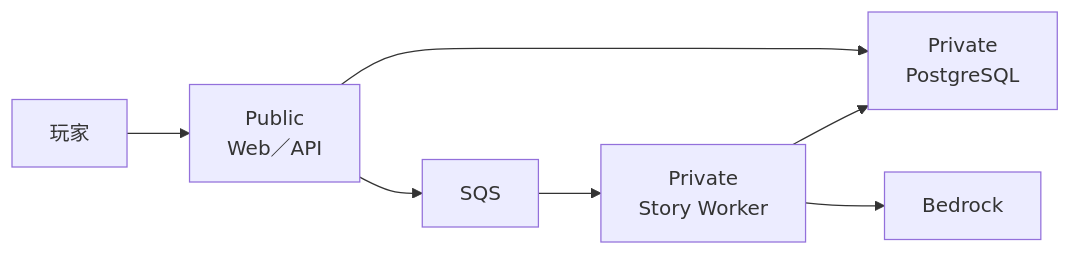
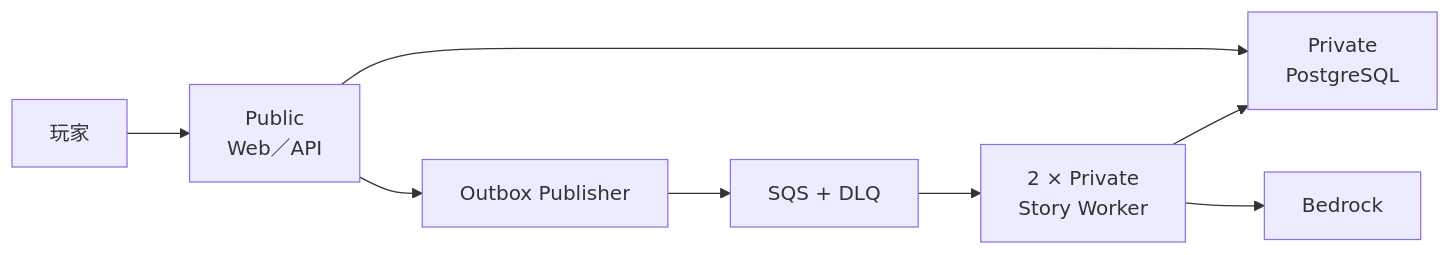
One commit to ChaoMing0815/AWS-cloud-lab changed the second of 3 diagrams in docs/project-plan.md. Above: the diagram before and after it, drawn with Mermaid. The commit also changed other lines of this file and 27 other files, not shown here.

````diff
--- a/docs/project-plan.md
+++ b/docs/project-plan.md
@@ -54,9 +54,10 @@
 ```mermaid
 flowchart LR
     User["玩家"] --> API["Public<br/>Web／API"]
-    API --> Q["SQS"]
-    Q --> Worker["Private<br/>Story Worker"]
+    API --> Publisher["Outbox Publisher"]
+    Publisher --> Q["SQS + DLQ"]
+    Q --> Worker["2 × Private<br/>Story Worker"]
     API --> DB["Private<br/>PostgreSQL"]
     Worker --> DB
     Worker --> Bedrock["Bedrock"]
 ```
````
